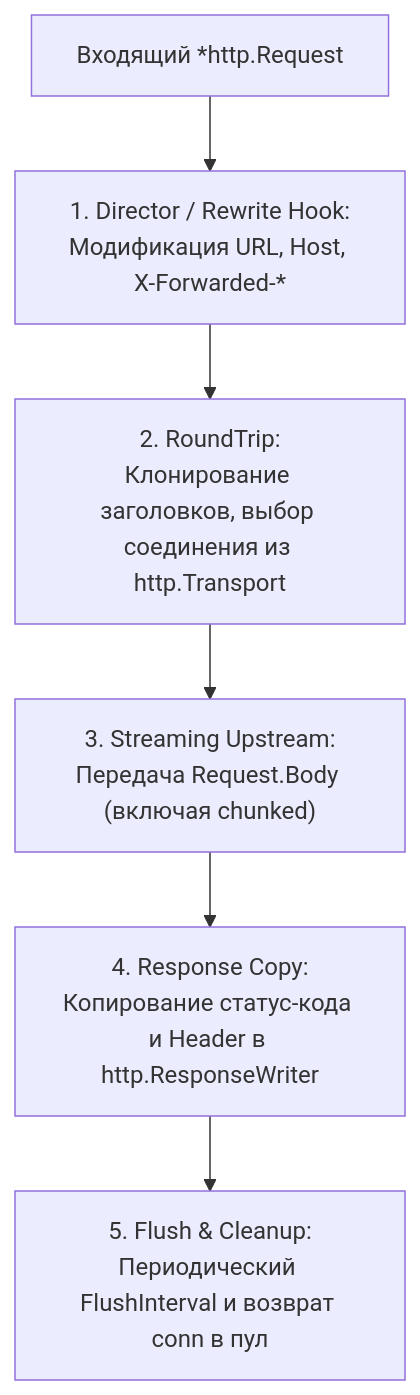
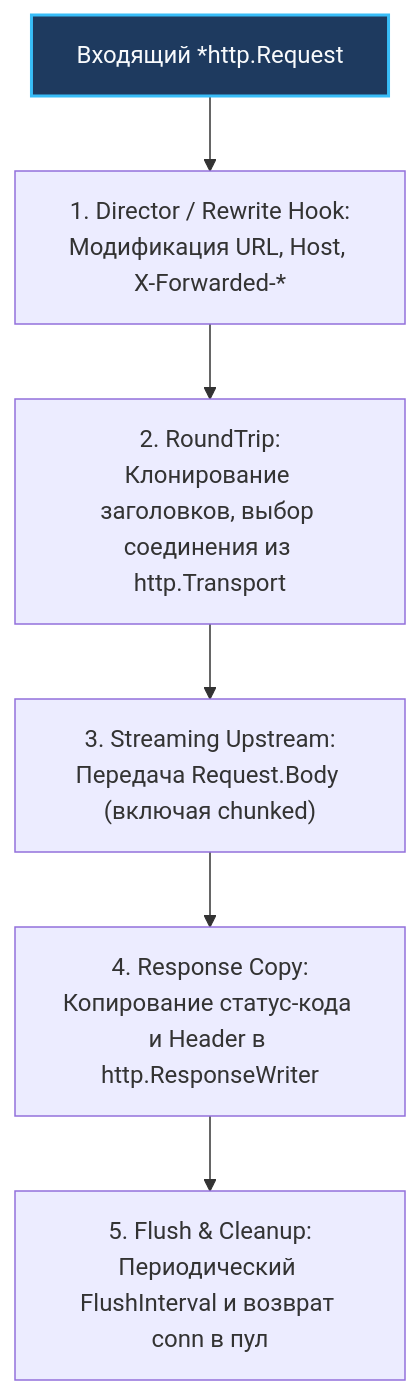
Before and after one commit to UnrealTemplier/go-textbook: the fourth of 4 diagrams in sources/3. Компьютерные сети и сетевой стек/27. Прокси, Reverse Proxy и API Gateway.md, drawn with Mermaid. The commit also changed other lines of this file and 1666 other files, not shown here.

First line of the commit message:
feat(mermaid): add semantic color classDef to 1369 colorless flowchart/graph diagrams

````diff
--- a/sources/3. Компьютерные сети и сетевой стек/27. Прокси, Reverse Proxy и API Gateway.md
+++ b/sources/3. Компьютерные сети и сетевой стек/27. Прокси, Reverse Proxy и API Gateway.md
@@ -149,8 +179,18 @@
 ```mermaid
 flowchart TD
-    ClientReq["Входящий *http.Request"] --> DirectorHook["1. Director / Rewrite Hook:<br/>Модификация URL, Host, X-Forwarded-*"]
+    classDef process  fill:#1e293b,stroke:#38bdf8,stroke-width:1px,color:#f8fafc
+    classDef success  fill:#064e3b,stroke:#34d399,stroke-width:1px,color:#f8fafc
+    classDef error    fill:#7f1d1d,stroke:#f87171,stroke-width:1px,color:#f8fafc
+    classDef warning  fill:#78350f,stroke:#fbbf24,stroke-width:1px,color:#f8fafc
+    classDef entry    fill:#1e3a5f,stroke:#38bdf8,stroke-width:2px,color:#f8fafc
+    classDef aux      fill:#334155,stroke:#64748b,stroke-width:1px,color:#f8fafc
+    classDef system   fill:#312e81,stroke:#a78bfa,stroke-width:1px,color:#f8fafc
+    classDef data     fill:#132d29,stroke:#2dd4bf,stroke-width:1px,color:#f8fafc
+    classDef network  fill:#881337,stroke:#fb7185,stroke-width:1px,color:#f8fafc
+    classDef accent   fill:#1e1b4b,stroke:#818cf8,stroke-width:1px,color:#f8fafc
+    ClientReq["Входящий *http.Request"]:::entry --> DirectorHook["1. Director / Rewrite Hook:<br/>Модификация URL, Host, X-Forwarded-*"]
     DirectorHook --> RoundTripHook["2. RoundTrip:<br/>Клонирование заголовков, выбор соединения из http.Transport"]
     RoundTripHook --> StreamUp["3. Streaming Upstream:<br/>Передача Request.Body (включая chunked)"]
     StreamUp --> ReadUpstream["4. Response Copy:<br/>Копирование статус-кода и Header в http.ResponseWriter"]
     ReadUpstream --> FlushLoop["5. Flush & Cleanup:<br/>Периодический FlushInterval и возврат conn в пул"]
 ```
````
